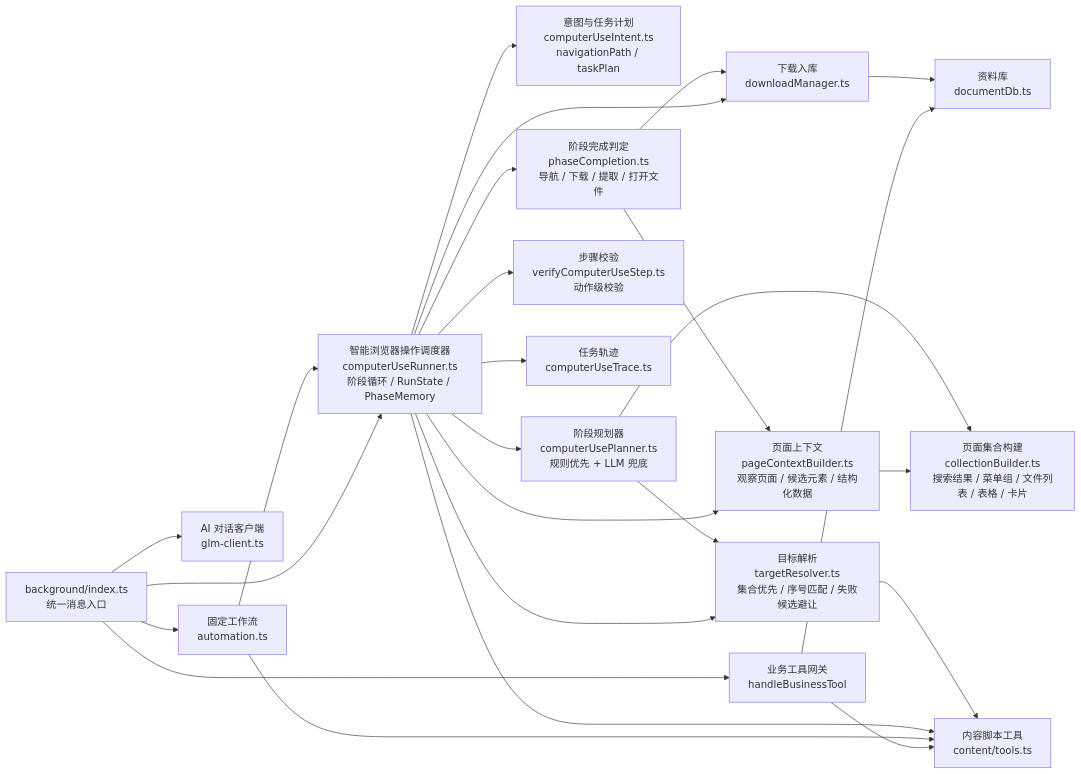
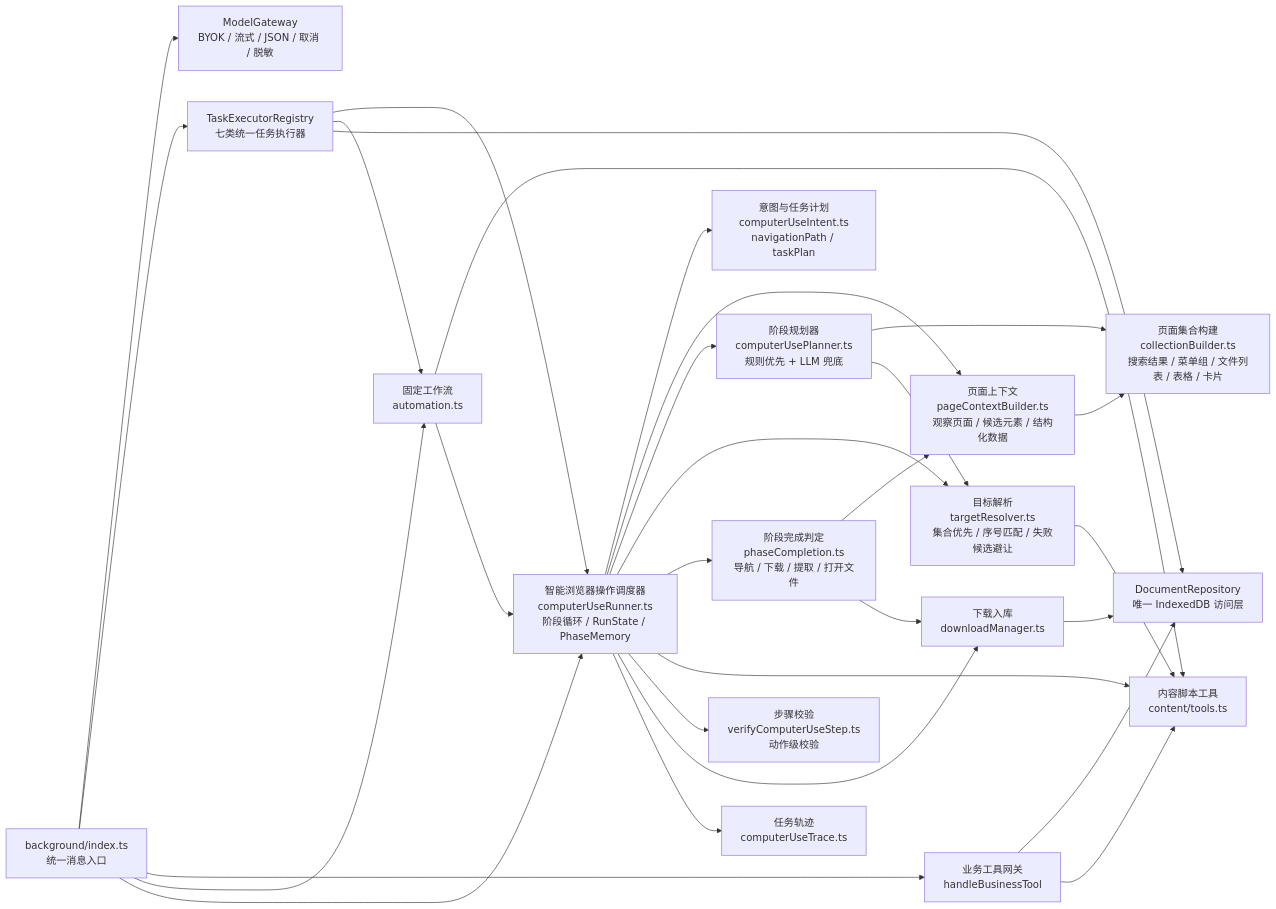
Before and after one commit to Clearlovesixteen/gancao-colipot: the second of 6 diagrams in docs/architecture.md, drawn with Mermaid. The commit also changed other lines of this file and 82 other files, not shown here.

````diff
--- a/docs/architecture.md
+++ b/docs/architecture.md
@@ -80,44 +98,49 @@
 ```mermaid
 flowchart LR
   BG["background/index.ts<br/>统一消息入口"]
-  GLM["AI 对话客户端<br/>glm-client.ts"]
+  Model["ModelGateway<br/>BYOK / 流式 / JSON / 取消 / 脱敏"]
+  Tasks["TaskExecutorRegistry<br/>七类统一任务执行器"]
   Gateway["业务工具网关<br/>handleBusinessTool"]
   Auto["固定工作流<br/>automation.ts"]
   CU["智能浏览器操作调度器<br/>computerUseRunner.ts<br/>阶段循环 / RunState / PhaseMemory"]
   Intent["意图与任务计划<br/>computerUseIntent.ts<br/>navigationPath / taskPlan"]
   Planner["阶段规划器<br/>computerUsePlanner.ts<br/>规则优先 + LLM 兜底"]
   Context["页面上下文<br/>pageContextBuilder.ts<br/>观察页面 / 候选元素 / 结构化数据"]
   Collections["页面集合构建<br/>collectionBuilder.ts<br/>搜索结果 / 菜单组 / 文件列表 / 表格 / 卡片"]
   Resolver["目标解析<br/>targetResolver.ts<br/>集合优先 / 序号匹配 / 失败候选避让"]
   PhaseDone["阶段完成判定<br/>phaseCompletion.ts<br/>导航 / 下载 / 提取 / 打开文件"]
   Verify["步骤校验<br/>verifyComputerUseStep.ts<br/>动作级校验"]
   Download["下载入库<br/>downloadManager.ts"]
   Trace["任务轨迹<br/>computerUseTrace.ts"]
-  DB["资料库<br/>documentDb.ts"]
+  DB["DocumentRepository<br/>唯一 IndexedDB 访问层"]
   Content["内容脚本工具<br/>content/tools.ts"]
 
-  BG --> GLM
+  BG --> Model
+  BG --> Tasks
   BG --> Gateway
   BG --> Auto
   BG --> CU
+  Tasks --> CU
+  Tasks --> Auto
+  Tasks --> DB
   Gateway --> DB
   Gateway --> Content
   Auto --> Content
   Auto --> CU
   CU --> Intent
   CU --> Context
   CU --> Planner
   CU --> Resolver
   CU --> PhaseDone
   CU --> Content
   CU --> Verify
   CU --> Download
   CU --> Trace
   Context --> Collections
   Planner --> Collections
   Planner --> Resolver
   Resolver --> Content
   PhaseDone --> Context
   PhaseDone --> Download
   Download --> DB
 ```
````
